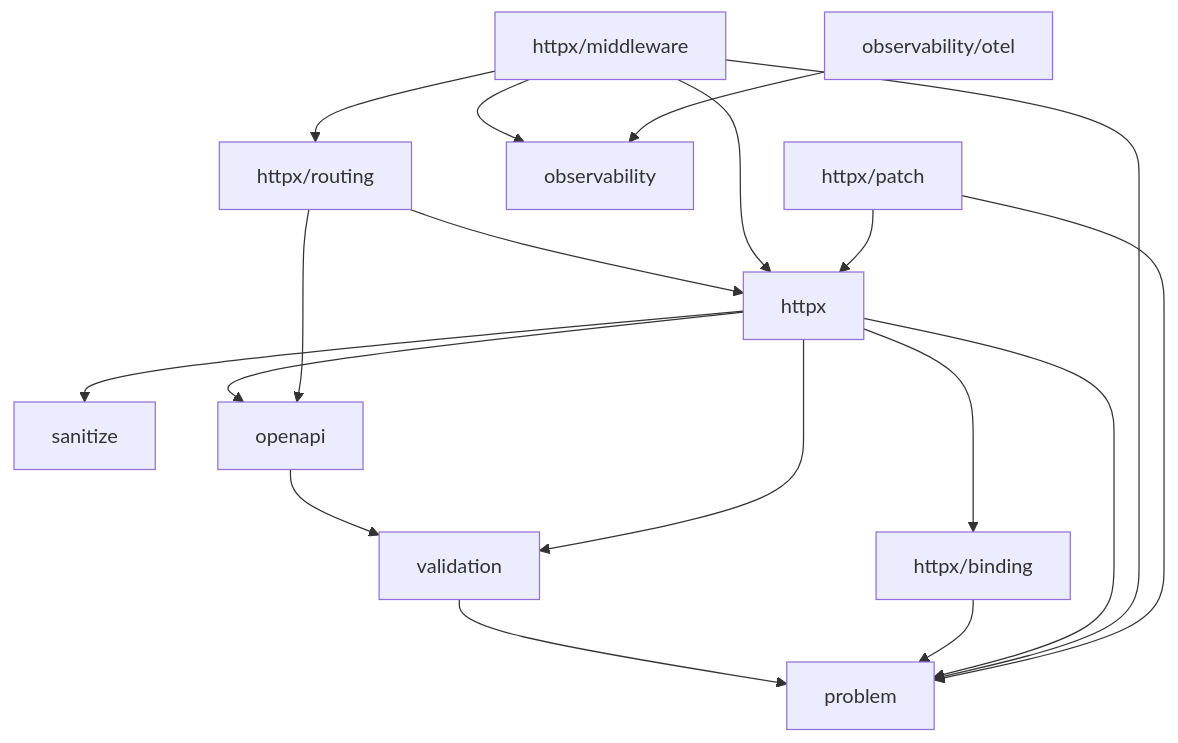
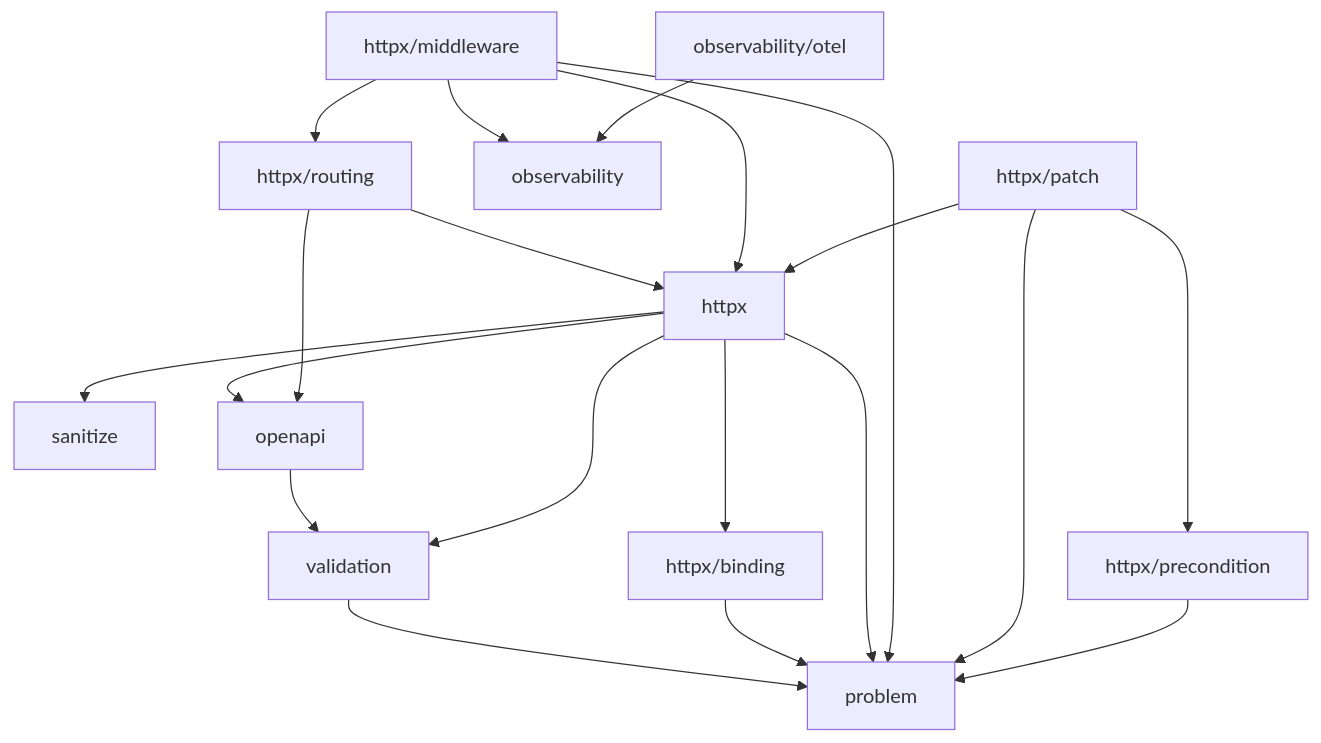
The diagram in CLAUDE.md (Casara/arnon), drawn with Mermaid before and after one commit. The commit also changed other lines of this file and 6 other files, not shown here.

First line of the commit message:
docs: document httpx/precondition and flip 428/If-Match to implemented

````diff
--- a/CLAUDE.md
+++ b/CLAUDE.md
@@ -77,22 +77,24 @@
 ```mermaid
 flowchart TD
     problem["problem"]
     sanitize["sanitize"]
     validation["validation"] --> problem
     openapi["openapi"] --> validation
     httpxBinding["httpx/binding"] --> problem
     httpx["httpx"] --> httpxBinding
     httpx --> openapi
     httpx --> problem
     httpx --> sanitize
     httpx --> validation
     httpxRouting["httpx/routing"] --> httpx
     httpxRouting --> openapi
     httpxMiddleware["httpx/middleware"] --> httpx
     httpxMiddleware --> httpxRouting
     httpxMiddleware --> observability["observability"]
     httpxMiddleware --> problem
     httpxPatch["httpx/patch"] --> httpx
+    httpxPatch --> httpxPrecondition["httpx/precondition"]
     httpxPatch --> problem
+    httpxPrecondition --> problem
     observabilityOtel["observability/otel"] --> observability
 ```
````
